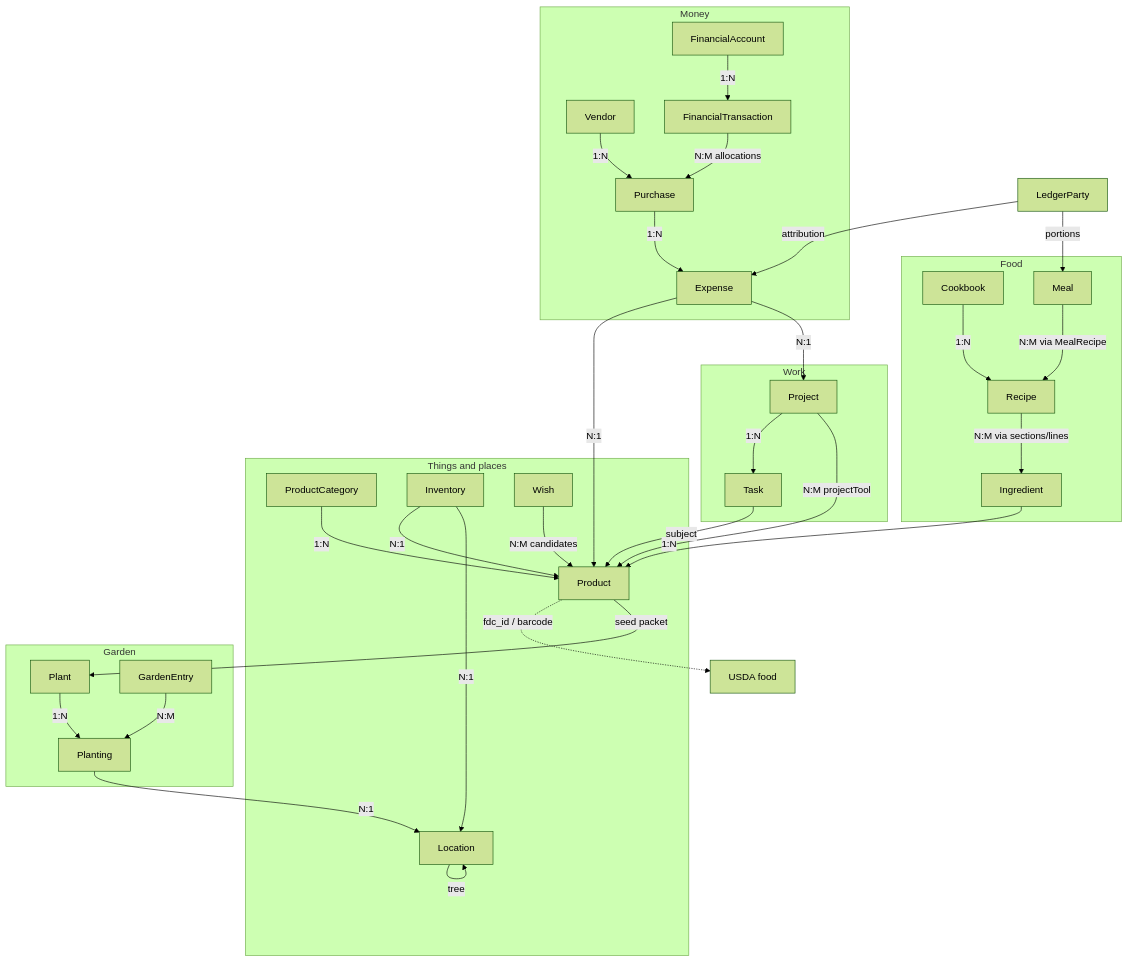
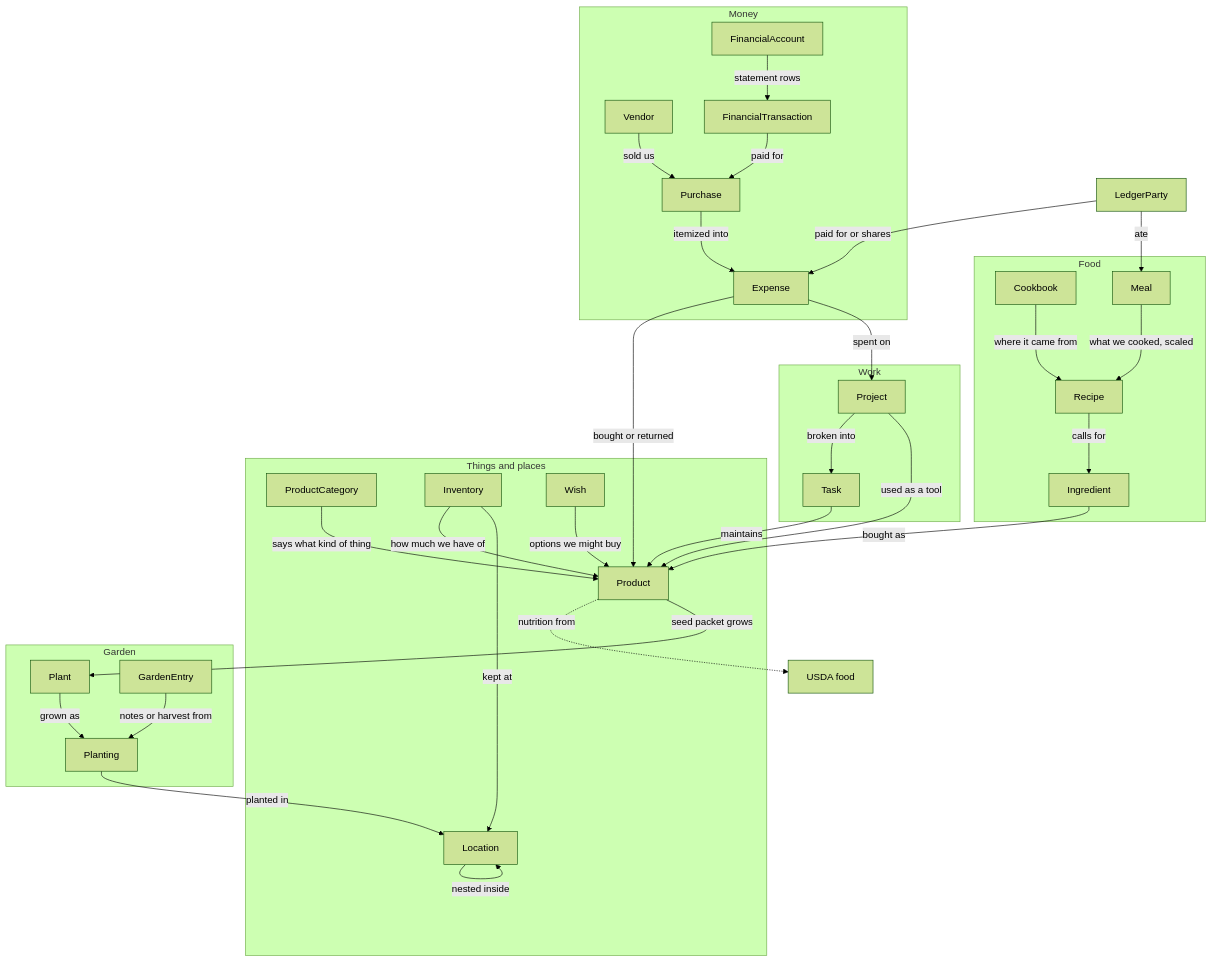
The diagram in README.md (nickysemenza/cubby), drawn with Mermaid (forest theme) before and after one commit. The commit also changed other lines of this file, not shown here.

Commit message:
Label README diagram edges with why each link exists

````diff
--- a/README.md
+++ b/README.md
@@ -77,38 +78,38 @@
 ```mermaid
 flowchart TB
   subgraph Core["Things and places"]
-    ProductCategory -- "1:N" --> Product
-    Inventory -- "N:1" --> Product
-    Inventory -- "N:1" --> Location
-    Location -- "tree" --> Location
-    Wish -- "N:M candidates" --> Product
+    ProductCategory -- "says what kind of thing" --> Product
+    Inventory -- "how much we have of" --> Product
+    Inventory -- "kept at" --> Location
+    Location -- "nested inside" --> Location
+    Wish -- "options we might buy" --> Product
   end
   subgraph Food
-    Recipe -- "N:M via sections/lines" --> Ingredient
-    Cookbook -- "1:N" --> Recipe
-    Meal -- "N:M via MealRecipe" --> Recipe
+    Recipe -- "calls for" --> Ingredient
+    Cookbook -- "where it came from" --> Recipe
+    Meal -- "what we cooked, scaled" --> Recipe
   end
   subgraph Garden
-    Plant -- "1:N" --> Planting
-    GardenEntry -- "N:M" --> Planting
+    Plant -- "grown as" --> Planting
+    GardenEntry -- "notes or harvest from" --> Planting
   end
   subgraph Work
-    Project -- "1:N" --> Task
+    Project -- "broken into" --> Task
   end
   subgraph Money
-    Vendor -- "1:N" --> Purchase
-    Purchase -- "1:N" --> Expense
-    FinancialAccount -- "1:N" --> FinancialTransaction
-    FinancialTransaction -- "N:M allocations" --> Purchase
+    Vendor -- "sold us" --> Purchase
+    Purchase -- "itemized into" --> Expense
+    FinancialAccount -- "statement rows" --> FinancialTransaction
+    FinancialTransaction -- "paid for" --> Purchase
   end
-  Ingredient -- "1:N" --> Product
-  Product -. "fdc_id / barcode" .-> USDA[USDA food]
-  Product -- "seed packet" --> Plant
-  Planting -- "N:1" --> Location
-  Project -- "N:M projectTool" --> Product
-  Task -- "subject" --> Product
-  Expense -- "N:1" --> Product
-  Expense -- "N:1" --> Project
-  LedgerParty -- "attribution" --> Expense
-  LedgerParty -- "portions" --> Meal
+  Ingredient -- "bought as" --> Product
+  Product -. "nutrition from" .-> USDA[USDA food]
+  Product -- "seed packet grows" --> Plant
+  Planting -- "planted in" --> Location
+  Project -- "used as a tool" --> Product
+  Task -- "maintains" --> Product
+  Expense -- "bought or returned" --> Product
+  Expense -- "spent on" --> Project
+  LedgerParty -- "paid for or shares" --> Expense
+  LedgerParty -- "ate" --> Meal
 ```
````
